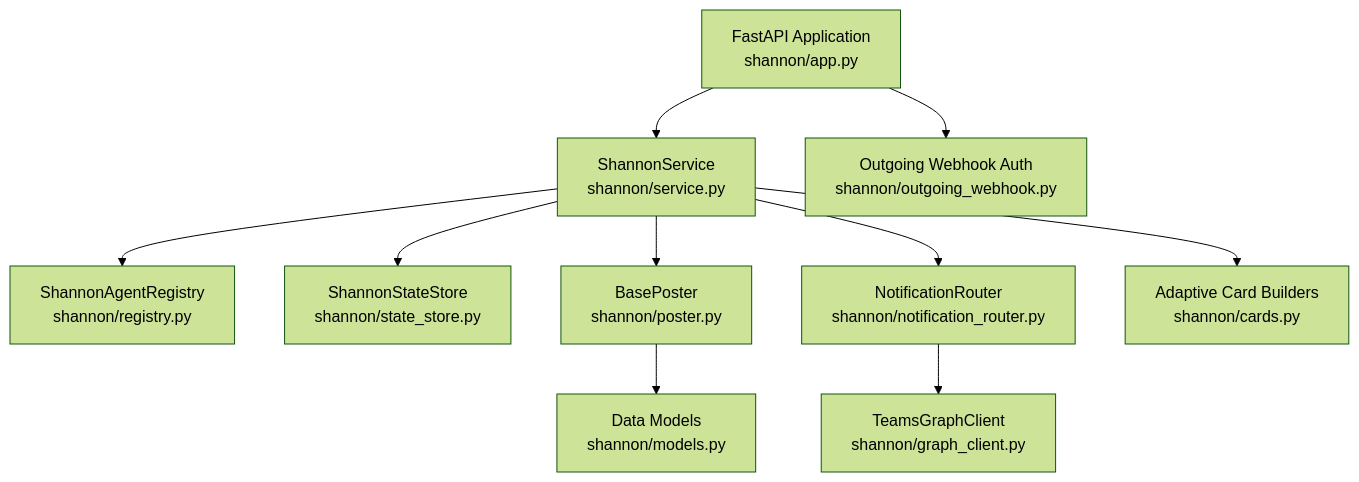
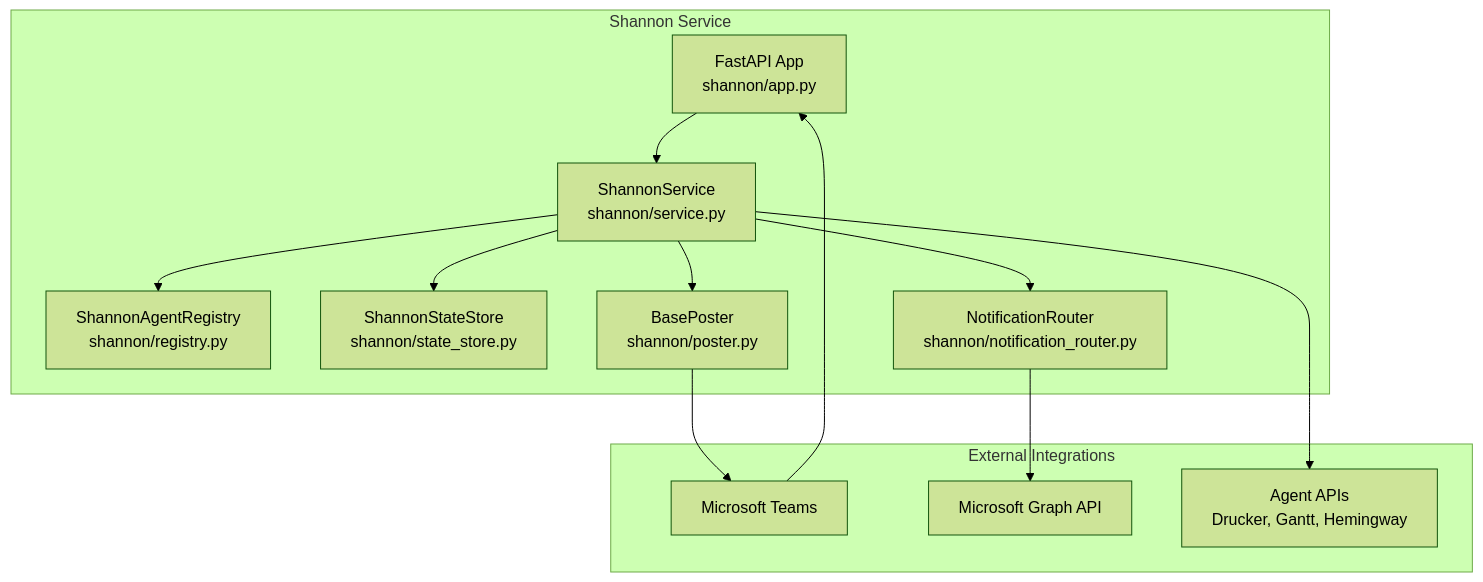
The first of 4 diagrams in agents/shannon/docs/service.md (jmac-cornelis/agent-workforce), drawn with Mermaid (forest theme) before and after one commit. The commit also changed other lines of this file and 7 other files, not shown here.

````diff
--- a/agents/shannon/docs/service.md
+++ b/agents/shannon/docs/service.md
@@ -29,23 +29,27 @@
 ```mermaid
 graph TB
-    FastAPI[FastAPI Application<br/>shannon/app.py]
-    Service[ShannonService<br/>shannon/service.py]
-    Registry[ShannonAgentRegistry<br/>shannon/registry.py]
-    StateStore[ShannonStateStore<br/>shannon/state_store.py]
-    Poster[BasePoster<br/>shannon/poster.py]
-    NotificationRouter[NotificationRouter<br/>shannon/notification_router.py]
-    GraphClient[TeamsGraphClient<br/>shannon/graph_client.py]
-    Cards[Adaptive Card Builders<br/>shannon/cards.py]
-    Models[Data Models<br/>shannon/models.py]
-    OutgoingWebhook[Outgoing Webhook Auth<br/>shannon/outgoing_webhook.py]
-
-    FastAPI --> Service
+    subgraph "Shannon Service"
+        App[FastAPI App<br/>shannon/app.py]
+        Service[ShannonService<br/>shannon/service.py]
+        Registry[ShannonAgentRegistry<br/>shannon/registry.py]
+        StateStore[ShannonStateStore<br/>shannon/state_store.py]
+        Poster[BasePoster<br/>shannon/poster.py]
+        NotifRouter[NotificationRouter<br/>shannon/notification_router.py]
+    end
+    
+    subgraph "External Integrations"
+        Teams[Microsoft Teams]
+        Graph[Microsoft Graph API]
+        AgentAPIs[Agent APIs<br/>Drucker, Gantt, Hemingway]
+    end
+    
+    App --> Service
     Service --> Registry
     Service --> StateStore
     Service --> Poster
-    Service --> NotificationRouter
-    Service --> Cards
-    NotificationRouter --> GraphClient
-    Poster --> Models
-    FastAPI --> OutgoingWebhook
+    Service --> NotifRouter
+    Service --> AgentAPIs
+    Poster --> Teams
+    NotifRouter --> Graph
+    Teams --> App
 ```
````
